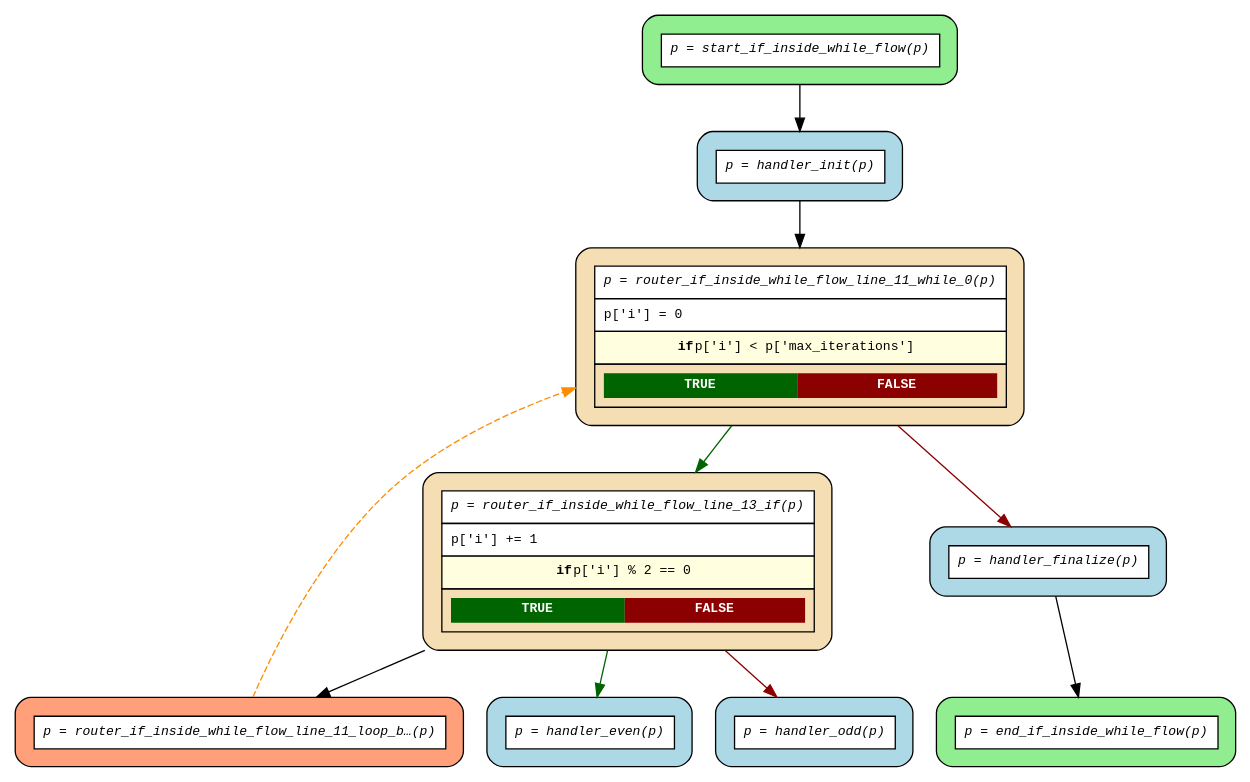
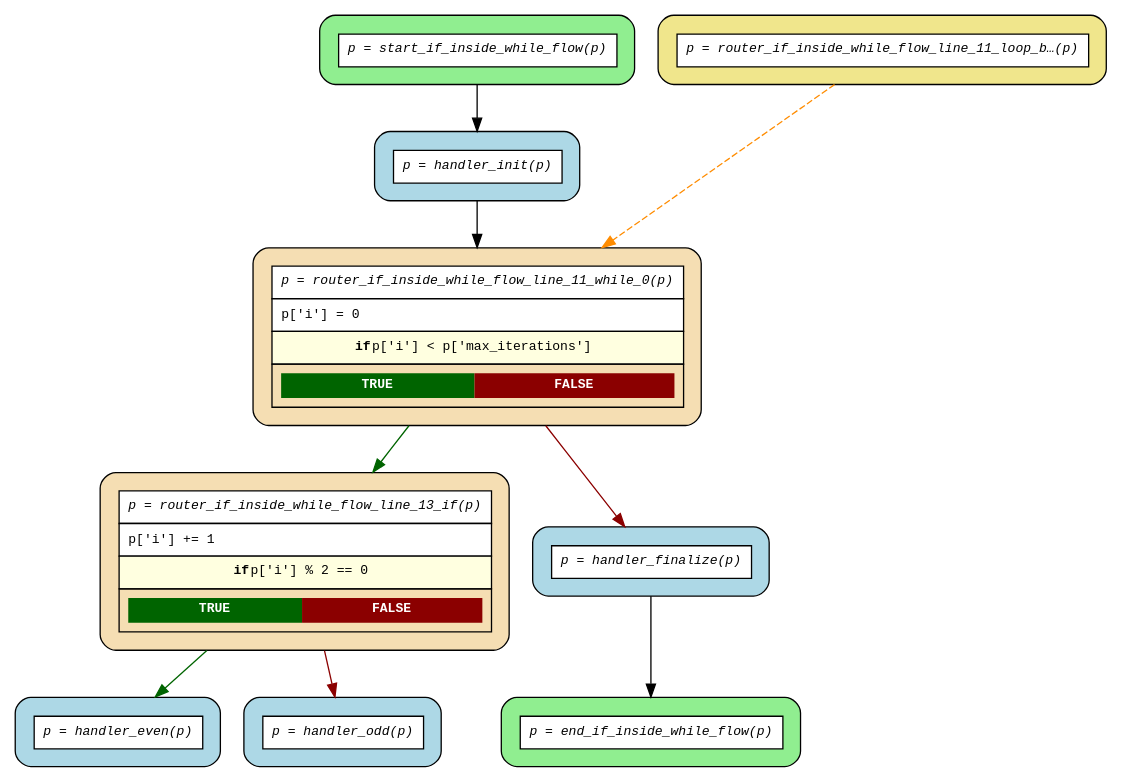
The diagram in examples/flows/compiled/while_with_if/flow.dot (deliveryhero/asya), drawn with Graphviz before and after one commit. The commit also changed 26 other files, not shown here.

First line of the commit message:
fix(flow): fix DOT graph spurious edges and loop-back router color

```diff
--- a/examples/flows/compiled/while_with_if/flow.dot
+++ b/examples/flows/compiled/while_with_if/flow.dot
@@ -1,26 +1,25 @@
 digraph flow {
   rankdir=TB;
   graph [fontname="Courier", fontsize=10];
   node [fontname="Courier", fontsize=10, shape=box, style="filled,rounded", margin="0.2"];
   edge [fontname="Courier", fontsize=10];
 
   start_if_inside_while_flow [fillcolor="lightgreen", label=<<table border="0" cellspacing="0" cellpadding="6" cellborder="1"><tr><td bgcolor="white" align="center"><i>p = start_if_inside_while_flow(p)</i></td></tr></table>>];
   router_if_inside_while_flow_line_13_if [fillcolor="wheat", label=<<table border="0" cellspacing="0" cellpadding="6" cellborder="1"><tr><td bgcolor="white" align="center"><i>p = router_if_inside_while_flow_line_13_if(p)</i></td></tr><tr><td bgcolor="white" align="left">p['i'] += 1</td></tr><tr><td bgcolor="lightyellow"><b>if</b> p['i'] % 2 == 0</td></tr><tr><td><table border="0" cellspacing="0" cellpadding="4"><tr><td bgcolor="darkgreen"><font color="white"><b>TRUE</b></font></td><td bgcolor="darkred"><font color="white"><b>FALSE</b></font></td></tr></table></td></tr></table>>];
-  router_if_inside_while_flow_line_11_loop_back_0 [fillcolor="lightsalmon", label=<<table border="0" cellspacing="0" cellpadding="6" cellborder="1"><tr><td bgcolor="white" align="center"><i>p = router_if_inside_while_flow_line_11_loop_b…(p)</i></td></tr></table>>];
+  router_if_inside_while_flow_line_11_loop_back_0 [fillcolor="khaki", label=<<table border="0" cellspacing="0" cellpadding="6" cellborder="1"><tr><td bgcolor="white" align="center"><i>p = router_if_inside_while_flow_line_11_loop_b…(p)</i></td></tr></table>>];
   router_if_inside_while_flow_line_11_while_0 [fillcolor="wheat", label=<<table border="0" cellspacing="0" cellpadding="6" cellborder="1"><tr><td bgcolor="white" align="center"><i>p = router_if_inside_while_flow_line_11_while_0(p)</i></td></tr><tr><td bgcolor="white" align="left">p['i'] = 0</td></tr><tr><td bgcolor="lightyellow"><b>if</b> p['i'] &lt; p['max_iterations']</td></tr><tr><td><table border="0" cellspacing="0" cellpadding="4"><tr><td bgcolor="darkgreen"><font color="white"><b>TRUE</b></font></td><td bgcolor="darkred"><font color="white"><b>FALSE</b></font></td></tr></table></td></tr></table>>];
   end_if_inside_while_flow [fillcolor="lightgreen", label=<<table border="0" cellspacing="0" cellpadding="6" cellborder="1"><tr><td bgcolor="white" align="center"><i>p = end_if_inside_while_flow(p)</i></td></tr></table>>];
   handler_even [fillcolor="lightblue", label=<<table border="0" cellspacing="0" cellpadding="6" cellborder="1"><tr><td bgcolor="white" align="center"><i>p = handler_even(p)</i></td></tr></table>>];
   handler_finalize [fillcolor="lightblue", label=<<table border="0" cellspacing="0" cellpadding="6" cellborder="1"><tr><td bgcolor="white" align="center"><i>p = handler_finalize(p)</i></td></tr></table>>];
   handler_init [fillcolor="lightblue", label=<<table border="0" cellspacing="0" cellpadding="6" cellborder="1"><tr><td bgcolor="white" align="center"><i>p = handler_init(p)</i></td></tr></table>>];
   handler_odd [fillcolor="lightblue", label=<<table border="0" cellspacing="0" cellpadding="6" cellborder="1"><tr><td bgcolor="white" align="center"><i>p = handler_odd(p)</i></td></tr></table>>];
 
   handler_finalize -> end_if_inside_while_flow;
   handler_init -> router_if_inside_while_flow_line_11_while_0;
   router_if_inside_while_flow_line_11_loop_back_0 -> router_if_inside_while_flow_line_11_while_0 [style=dashed, color=darkorange, constraint=false];
   router_if_inside_while_flow_line_11_while_0 -> handler_finalize [color=darkred];
   router_if_inside_while_flow_line_11_while_0 -> router_if_inside_while_flow_line_13_if [color=darkgreen];
   router_if_inside_while_flow_line_13_if -> handler_even [color=darkgreen];
   router_if_inside_while_flow_line_13_if -> handler_odd [color=darkred];
-  router_if_inside_while_flow_line_13_if -> router_if_inside_while_flow_line_11_loop_back_0;
   start_if_inside_while_flow -> handler_init;
 }
```
